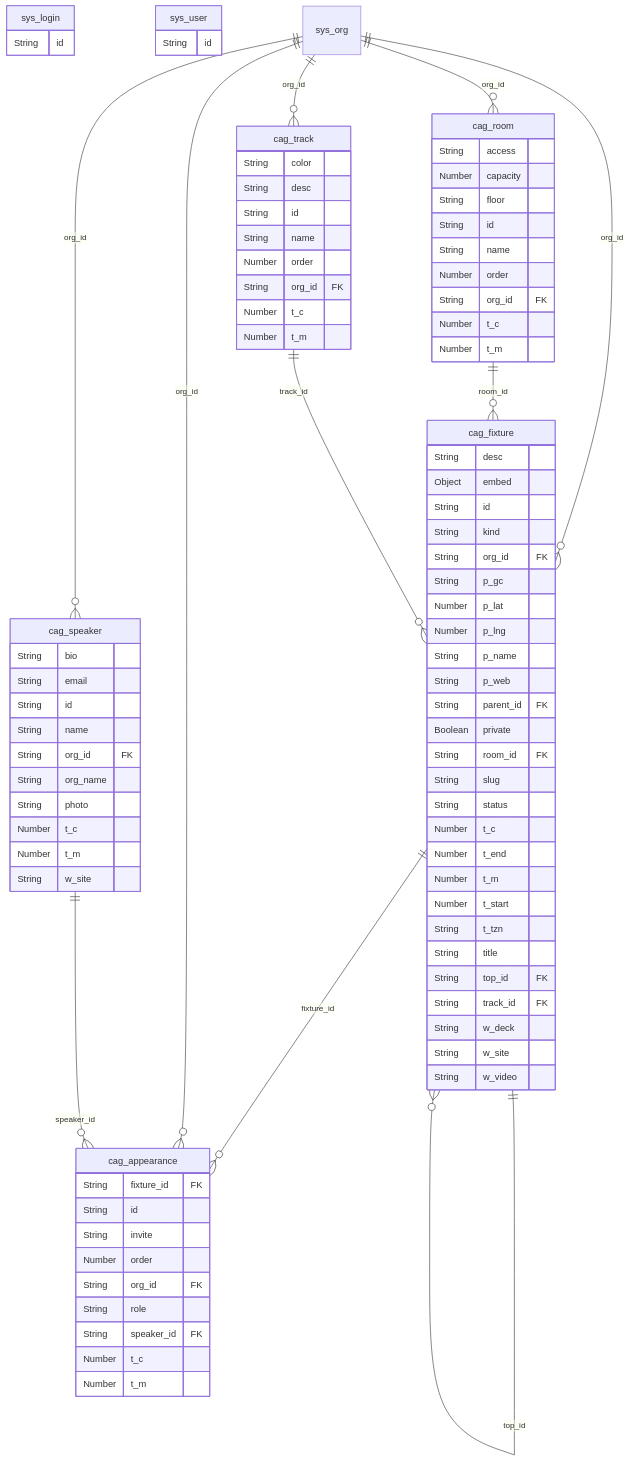
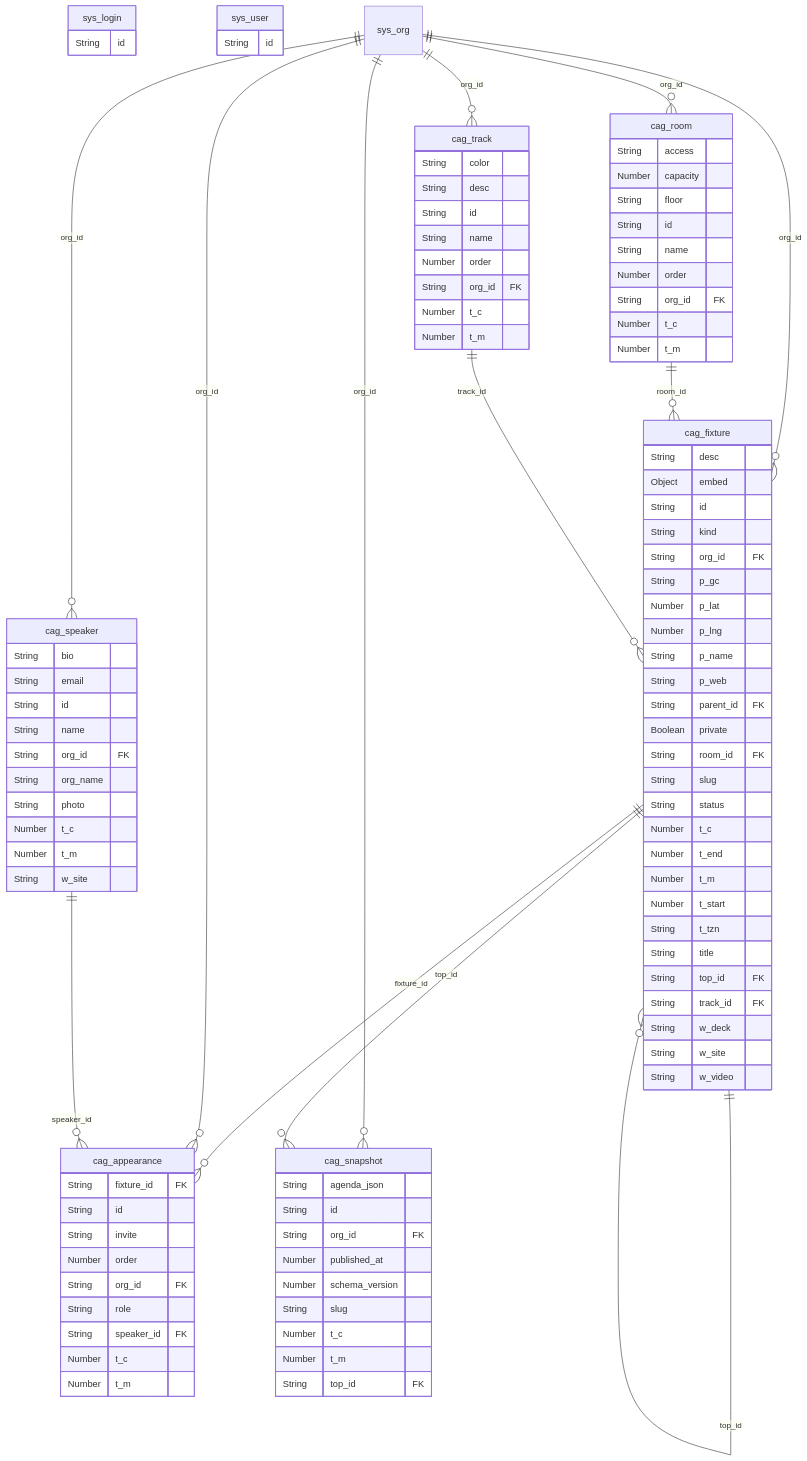
One commit to voxgig/conf-agenda changed the diagram in docs/reference/entities.md. Above: the diagram before and after it, drawn with Mermaid. The commit also changed other lines of this file and 18 other files, not shown here.

````diff
--- a/docs/reference/entities.md
+++ b/docs/reference/entities.md
@@ -61,6 +61,17 @@
     Number t_c
     Number t_m
   }
+  cag_snapshot {
+    String agenda_json
+    String id
+    String org_id FK
+    Number published_at
+    Number schema_version
+    String slug
+    Number t_c
+    Number t_m
+    String top_id FK
+  }
   cag_speaker {
     String bio
     String email
@@ -98,6 +109,8 @@
   cag_fixture ||--o{ cag_fixture : "top_id"
   cag_track ||--o{ cag_fixture : "track_id"
   sys_org ||--o{ cag_room : "org_id"
+  sys_org ||--o{ cag_snapshot : "org_id"
+  cag_fixture ||--o{ cag_snapshot : "top_id"
   sys_org ||--o{ cag_speaker : "org_id"
   sys_org ||--o{ cag_track : "org_id"
 ```
````
